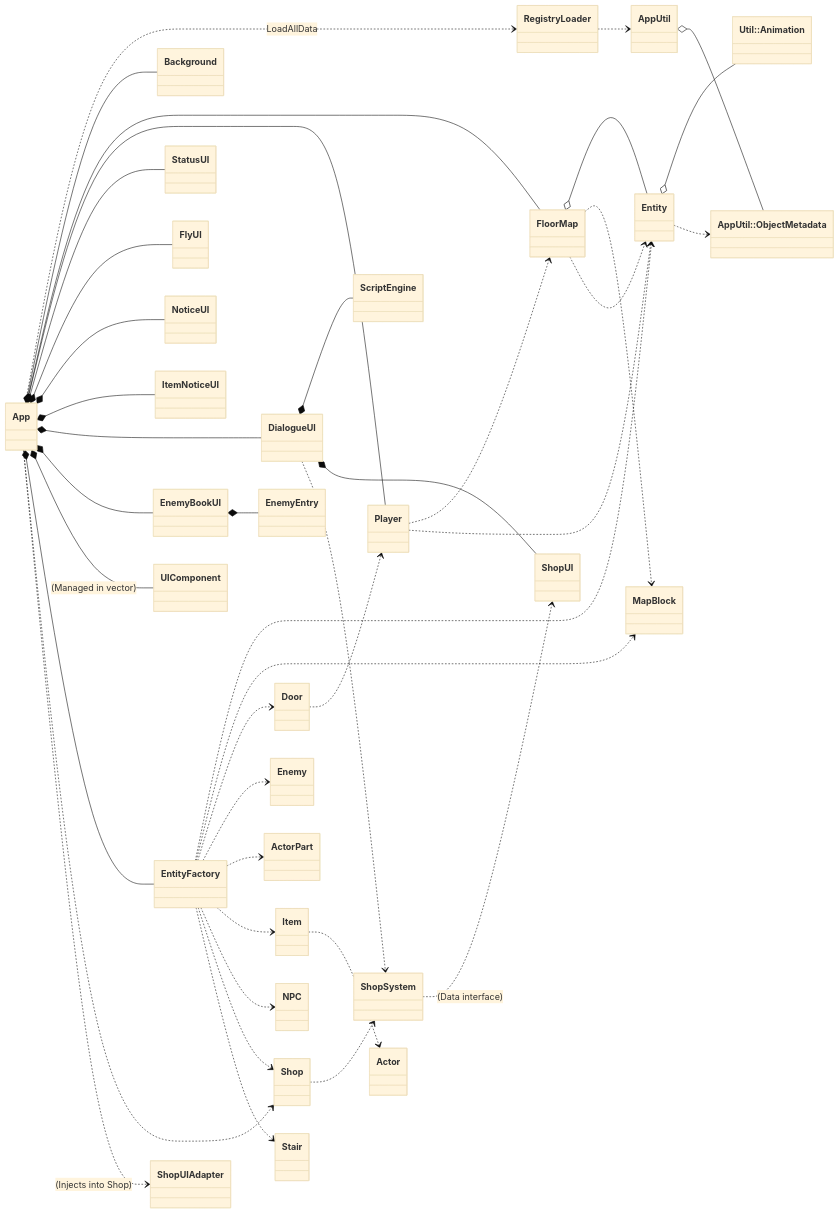
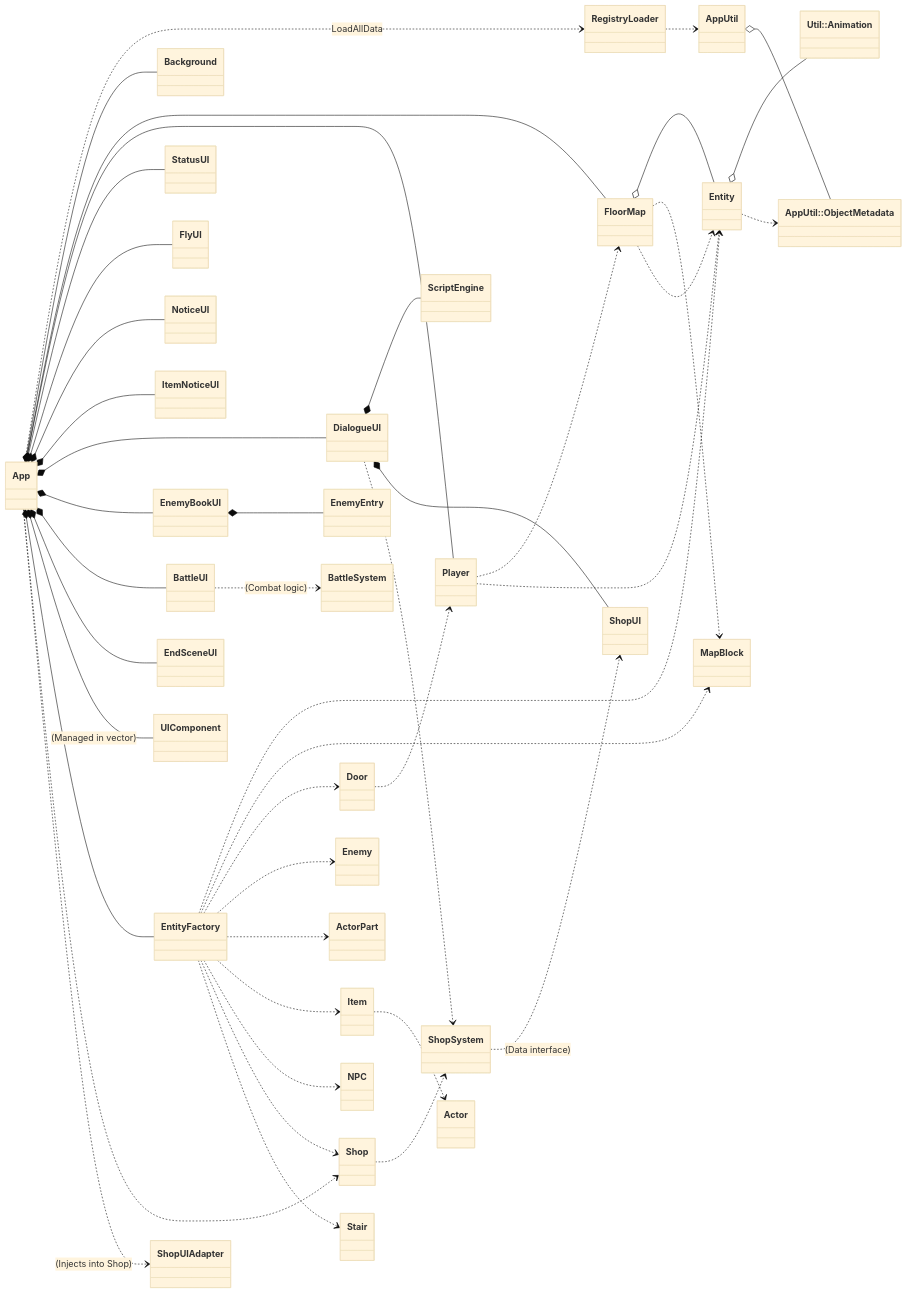
One commit to XWJWPIY/schoolwork_recreate_magic_tower changed the fifth of 5 diagrams in Constructure.md. Above: the diagram before and after it, drawn with Mermaid (base theme). The commit also changed other lines of this file and 5 other files, not shown here.

Commit message:
refactor: let battle logic into BattleSystem with multi-attack logs

````diff
--- a/Constructure.md
+++ b/Constructure.md
@@ -584,53 +601,56 @@
 ```mermaid
 classDiagram
     direction LR
     class Animation["Util::Animation"]
     class ObjectMetadata["AppUtil::ObjectMetadata"]
 
     App ..> RegistryLoader : LoadAllData
     App *-- Background
     App *-- FloorMap
     App *-- Player
     App *-- StatusUI
     App *-- FlyUI
     App *-- NoticeUI
     App *-- ItemNoticeUI
     App *-- DialogueUI
     App *-- EnemyBookUI
+    App *-- BattleUI
+    App *-- EndSceneUI
     App *-- UIComponent : (Managed in vector)
     App *-- EntityFactory
     App ..> Shop
     DialogueUI *-- ScriptEngine
     DialogueUI *-- ShopUI
     DialogueUI ..> ShopSystem
     ShopSystem ..> ShopUI : (Data interface)
     Shop ..> ShopSystem
+    BattleUI ..> BattleSystem : (Combat logic)
 
     EntityFactory ..> Entity
     EntityFactory ..> MapBlock
     EntityFactory ..> Door
     EntityFactory ..> Enemy
     EntityFactory ..> ActorPart
     EntityFactory ..> Item
     EntityFactory ..> NPC
     EntityFactory ..> Shop
     EntityFactory ..> Stair
 
     FloorMap o-- Entity
     FloorMap ..> MapBlock
     FloorMap ..> Entity
 
     Entity o-- Animation
     Entity ..> ObjectMetadata
 
     Player ..> FloorMap
     Player ..> Entity
     Door ..> Player
     Item ..> Actor
     App ..> ShopUIAdapter : (Injects into Shop)
 
     EnemyBookUI *-- EnemyEntry
 
     RegistryLoader ..> AppUtil
     AppUtil o-- ObjectMetadata
 ```
````
